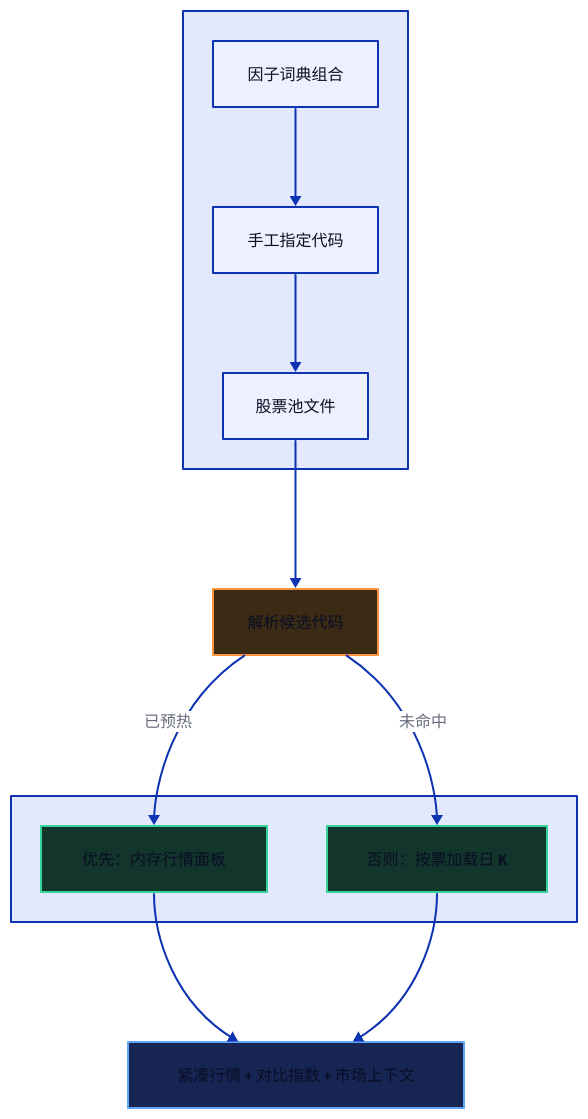
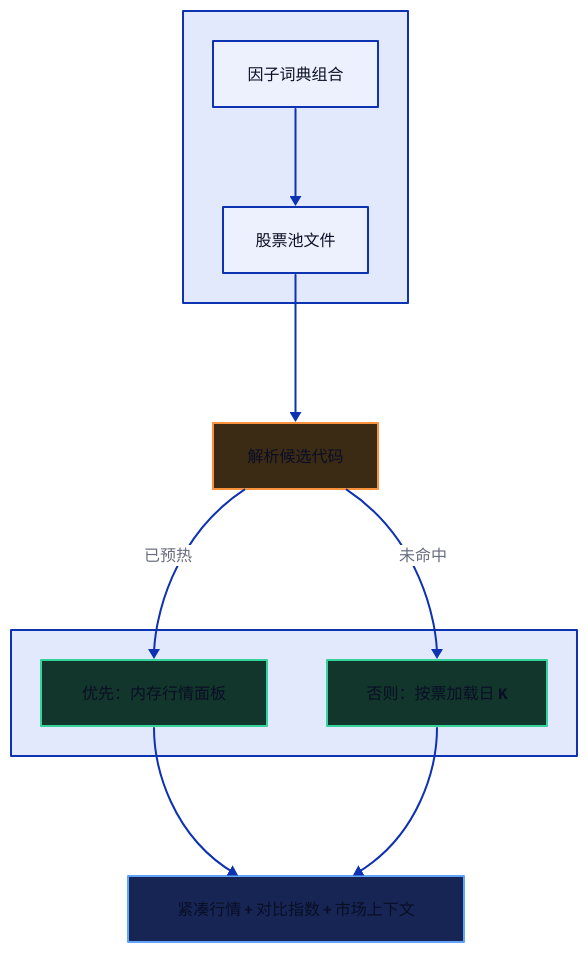
Before and after one commit to Saka9527/gaoneng-quant: the diagram in diagrams/d2/data-load.d2, drawn with D2. The commit also changed 1 other file, not shown here.

Commit message:
Remove the manual code step from the data-load flow.

```diff
--- a/diagrams/d2/data-load.d2
+++ b/diagrams/d2/data-load.d2
@@ -1,39 +1,38 @@
 direction: down
 
 sources: "" {
   direction: right
   factor: "因子词典组合"
-  manual: "手工指定代码"
   file: "股票池文件"
-  factor -> manual -> file
+  factor -> file
 }
 
 resolve: "解析候选代码" {
   style.fill: "#3b2a14"
   style.stroke: "#fb923c"
 }
 
 sources.file -> resolve
 
 branch: "" {
   direction: right
   panel: "优先：内存行情面板" {
     style.fill: "#12352c"
     style.stroke: "#34d399"
   }
   loader: "否则：按票加载日 K" {
     style.fill: "#12352c"
     style.stroke: "#34d399"
   }
 }
 
 resolve -> branch.panel: 已预热
 resolve -> branch.loader: 未命中
 
 out: "紧凑行情 + 对比指数 + 市场上下文" {
   style.fill: "#172554"
   style.stroke: "#60a5fa"
 }
 
 branch.panel -> out
 branch.loader -> out
```
